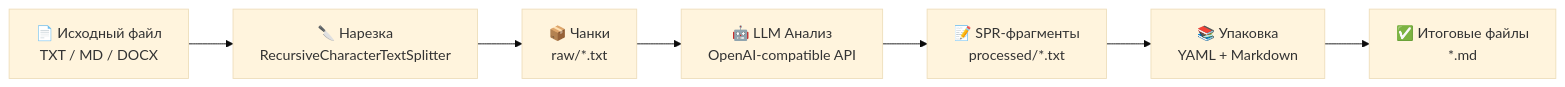
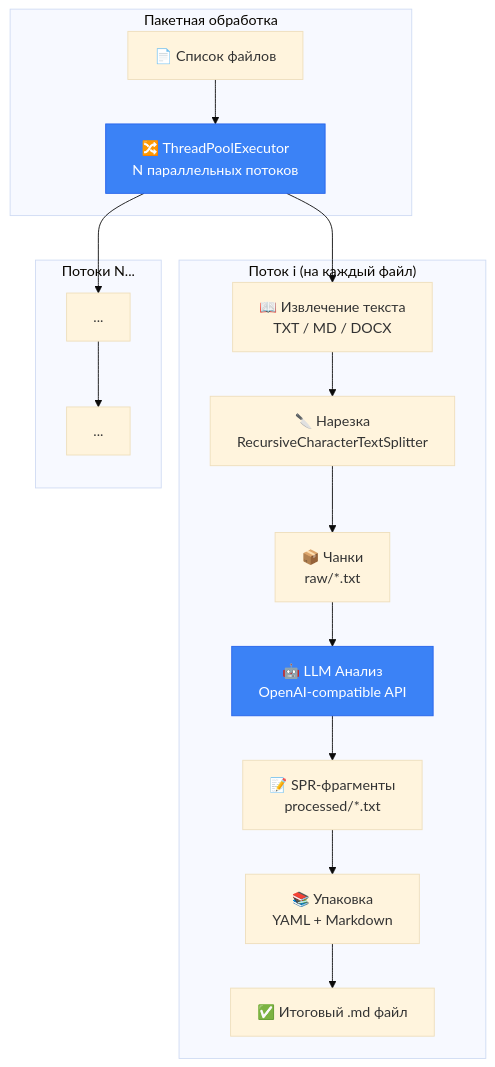
One commit to Haonir/SimpleETL changed the diagram in README.md. Above: the diagram before and after it, drawn with Mermaid (base theme). The commit also changed other lines of this file and 2 other files, not shown here.

Commit message:
Изменения UI: рефакторинг на Customtkinter. Обновление README.md

````diff
--- a/README.md
+++ b/README.md
@@ -65,9 +67,24 @@
 ```mermaid
-graph LR
-    A[📄 Исходный файл<br>TXT / MD / DOCX] --> B[🔪 Нарезка<br>RecursiveCharacterTextSplitter]
-    B --> C[📦 Чанки<br>raw/*.txt]
-    C --> D[🤖 LLM Анализ<br>OpenAI-compatible API]
-    D --> E[📝 SPR-фрагменты<br>processed/*.txt]
-    E --> F[📚 Упаковка<br>YAML + Markdown]
-    F --> G[✅ Итоговые файлы<br>*.md]
+graph TD
+    subgraph Пакетная обработка
+        A[📄 Список файлов] --> B[🔀 ThreadPoolExecutor<br>N параллельных потоков]
+    end
+
+    subgraph "Поток i (на каждый файл)"
+        B --> C1[📖 Извлечение текста<br>TXT / MD / DOCX]
+        C1 --> D1[🔪 Нарезка<br>RecursiveCharacterTextSplitter]
+        D1 --> E1[📦 Чанки<br>raw/*.txt]
+        E1 --> F1[🤖 LLM Анализ<br>OpenAI-compatible API]
+        F1 --> G1[📝 SPR-фрагменты<br>processed/*.txt]
+        G1 --> H1[📚 Упаковка<br>YAML + Markdown]
+        H1 --> I1[✅ Итоговый .md файл]
+    end
+
+    subgraph Потоки N...
+        B --> C2["..."]
+        C2 --> I2["..."]
+    end
+
+    style B fill:#3b82f6,stroke:#2563eb,color:#fff
+    style F1 fill:#3b82f6,stroke:#2563eb,color:#fff
 ```
````
